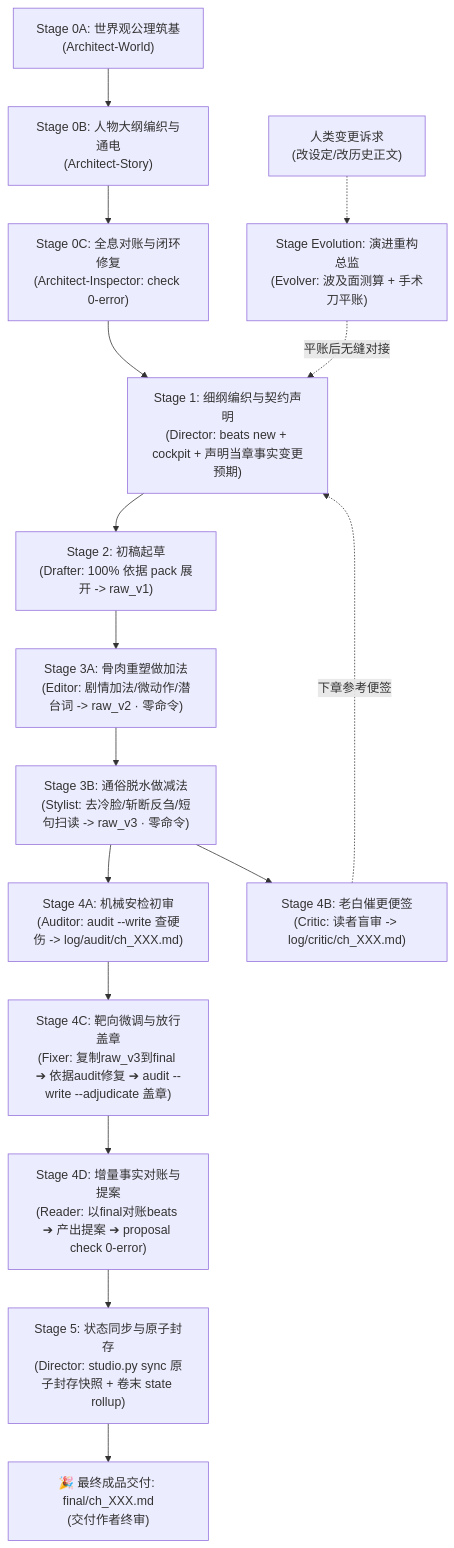
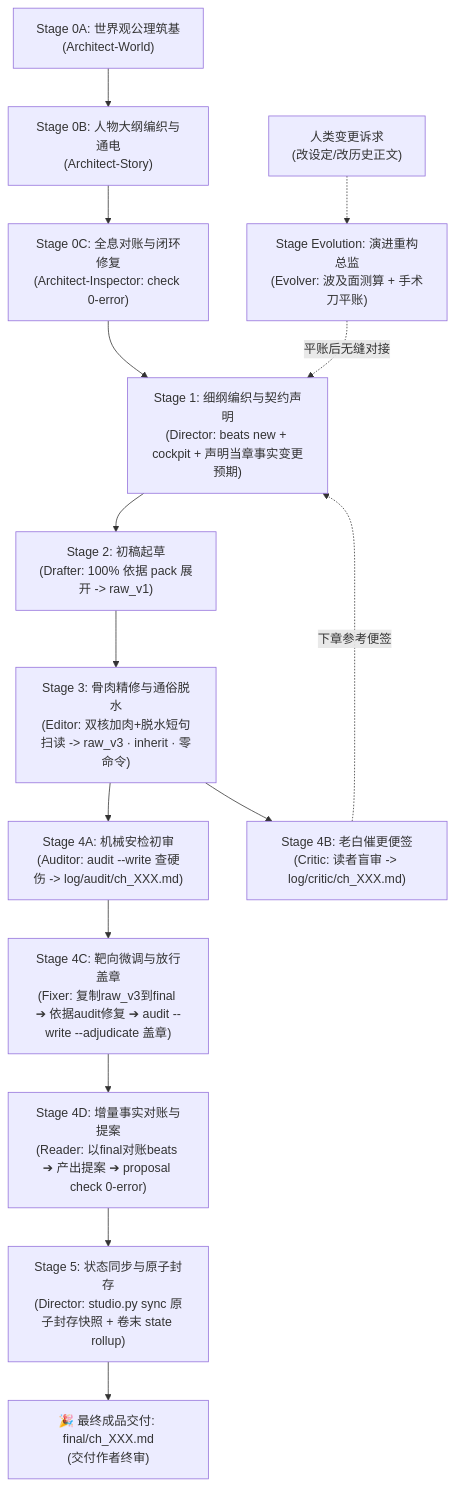
One commit to cg110902/NOVEL changed the diagram in AGENTS.md. Above: the diagram before and after it, drawn with Mermaid. The commit also changed other lines of this file and 20 other files, not shown here.

````diff
--- a/AGENTS.md
+++ b/AGENTS.md
@@ -79,19 +49,18 @@
 ```mermaid
 graph TD
     S0A["Stage 0A: 世界观公理筑基<br/>(Architect-World)"] --> S0B["Stage 0B: 人物大纲编织与通电<br/>(Architect-Story)"]
     S0B --> S0C["Stage 0C: 全息对账与闭环修复<br/>(Architect-Inspector: check 0-error)"]
     S0C --> S1["Stage 1: 细纲编织与契约声明<br/>(Director: beats new + cockpit + 声明当章事实变更预期)"]
     S1 --> S2["Stage 2: 初稿起草<br/>(Drafter: 100% 依据 pack 展开 -> raw_v1)"]
-    S2 --> S3A["Stage 3A: 骨肉重塑做加法<br/>(Editor: 剧情加法/微动作/潜台词 -> raw_v2 · 零命令)"]
-    S3A --> S3B["Stage 3B: 通俗脱水做减法<br/>(Stylist: 去冷脸/斩断反刍/短句扫读 -> raw_v3 · 零命令)"]
-    S3B --> S4A["Stage 4A: 机械安检初审<br/>(Auditor: audit --write 查硬伤 -> log/audit/ch_XXX.md)"]
-    S3B --> S4B["Stage 4B: 老白催更便签<br/>(Critic: 读者盲审 -> log/critic/ch_XXX.md)"]
+    S2 --> S3["Stage 3: 骨肉精修与通俗脱水<br/>(Editor: 双核加肉+脱水短句扫读 -> raw_v3 · inherit · 零命令)"]
+    S3 --> S4A["Stage 4A: 机械安检初审<br/>(Auditor: audit --write 查硬伤 -> log/audit/ch_XXX.md)"]
+    S3 --> S4B["Stage 4B: 老白催更便签<br/>(Critic: 读者盲审 -> log/critic/ch_XXX.md)"]
     S4A --> S4C["Stage 4C: 靶向微调与放行盖章<br/>(Fixer: 复制raw_v3到final ➔ 依据audit修复 ➔ audit --write --adjudicate 盖章)"]
     S4C --> S4D["Stage 4D: 增量事实对账与提案<br/>(Reader: 以final对账beats ➔ 产出提案 ➔ proposal check 0-error)"]
     S4D --> S5["Stage 5: 状态同步与原子封存<br/>(Director: studio.py sync 原子封存快照 + 卷末 state rollup)"]
     S5 --> S6["🎉 最终成品交付: final/ch_XXX.md<br/>(交付作者终审)"]
     S4B -. "下章参考便签" .-> S1
 
     UserChange["人类变更诉求<br/>(改设定/改历史正文)"] -.-> SEvolution["Stage Evolution: 演进重构总监<br/>(Evolver: 波及面测算 + 手术刀平账)"]
     SEvolution -. "平账后无缝对接" .-> S1
 ```
````
